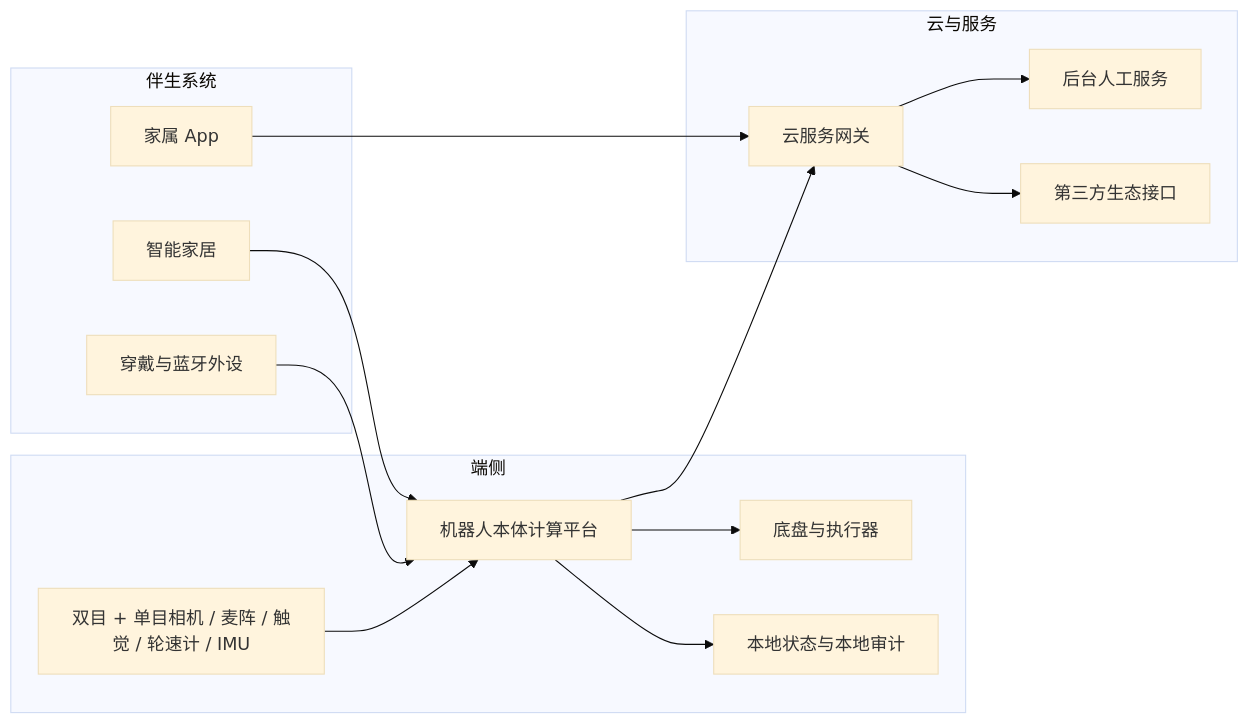
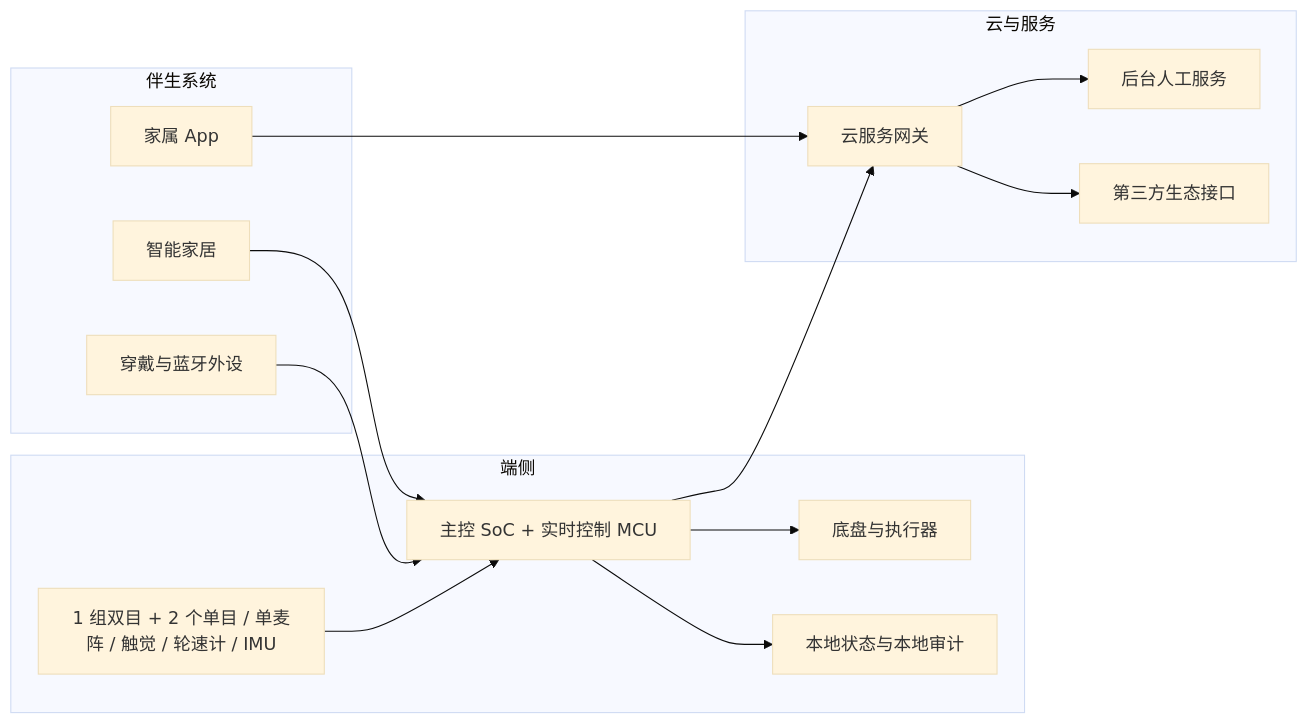
Diagram 11 of 12 in docs/02_p1_architecture/02_pdcp_system_architecture_review_package.md (hlm12348765/Kinbot_OODA), drawn with Mermaid (base theme) before and after one commit. The commit also changed other lines of this file and 5 other files, not shown here.

Commit message:
docs: refresh kinbot hardware architecture baseline

````diff
--- a/docs/02_p1_architecture/02_pdcp_system_architecture_review_package.md
+++ b/docs/02_p1_architecture/02_pdcp_system_architecture_review_package.md
@@ -703,30 +780,30 @@
 ```mermaid
 flowchart LR
     subgraph EDGE[端侧]
-        E1[机器人本体计算平台]
+        E1[主控 SoC + 实时控制 MCU]
         E2[底盘与执行器]
-        E3[双目 + 单目相机 / 麦阵 / 触觉 / 轮速计 / IMU]
+        E3[1 组双目 + 2 个单目 / 单麦阵 / 触觉 / 轮速计 / IMU]
         E4[本地状态与本地审计]
     end
 
     subgraph COMP[伴生系统]
         C1[穿戴与蓝牙外设]
         C2[智能家居]
         C3[家属 App]
     end
 
     subgraph CLOUD[云与服务]
         C4[云服务网关]
         C5[后台人工服务]
         C6[第三方生态接口]
     end
 
     E3 --> E1 --> E2
     E1 --> E4
     C1 --> E1
     C2 --> E1
     E1 --> C4
     C3 --> C4
     C4 --> C5
     C4 --> C6
 ```
````
